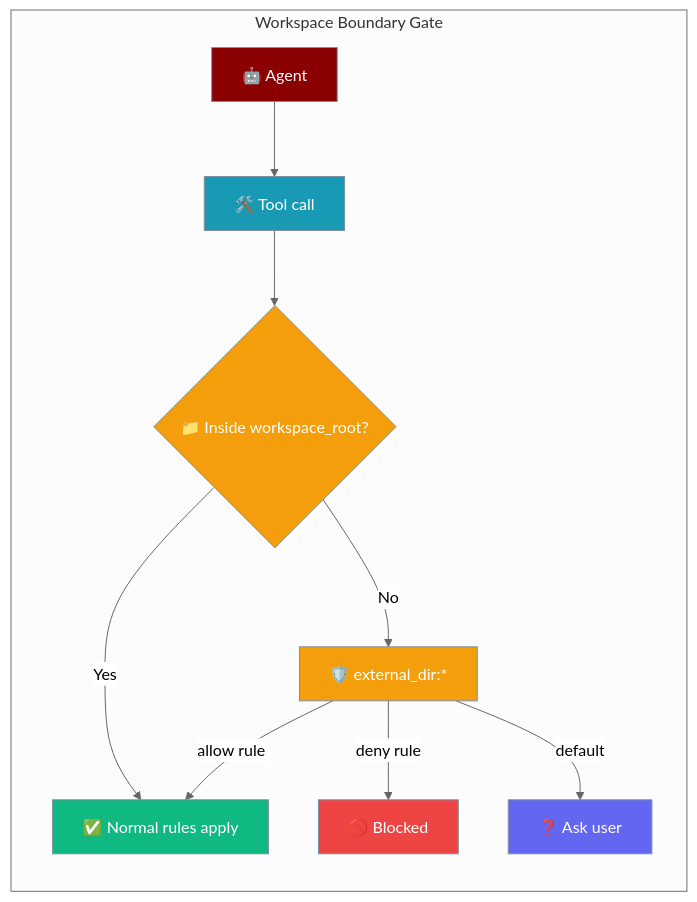
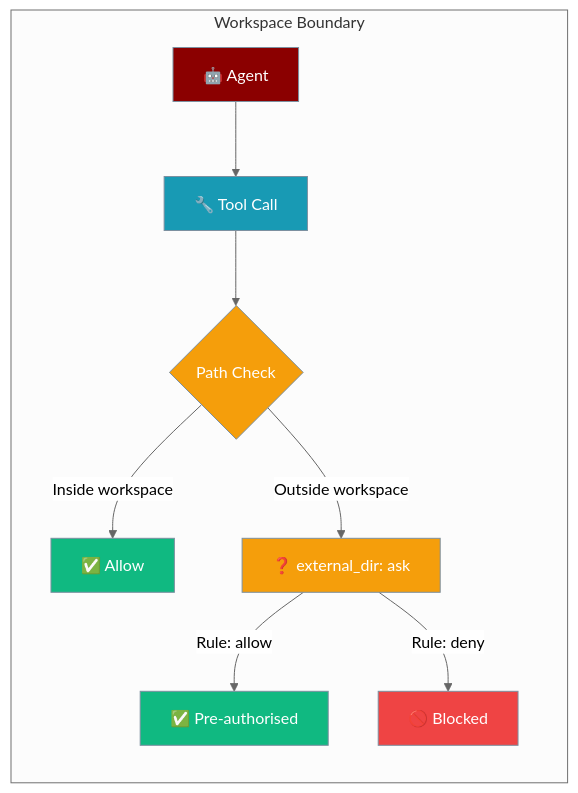
One commit to MervinPraison/PraisonAIDocs changed the first of 2 diagrams in docs/features/workspace-boundary.mdx. Above: the diagram before and after it, drawn with Mermaid (neutral theme). The commit also changed other lines of this file and 4 other files, not shown here.

First line of the commit message:
docs: workspace-boundary permission gate (external_dir, workspace_root) (fixes #1444)

````diff
--- a/docs/features/workspace-boundary.mdx
+++ b/docs/features/workspace-boundary.mdx
@@ -27,26 +14,24 @@
 ```mermaid
 graph LR
-    subgraph "Workspace Boundary Gate"
-        A[🤖 Agent] --> T[🛠️ Tool call]
-        T --> R{📁 Inside workspace_root?}
-        R -->|Yes| OK[✅ Normal rules apply]
-        R -->|No| EXT[🛡️ external_dir:*]
-        EXT -->|allow rule| OK
-        EXT -->|deny rule| NO[🚫 Blocked]
-        EXT -->|default| ASK[❓ Ask user]
+    subgraph "Workspace Boundary"
+        A[🤖 Agent] --> B[🔧 Tool Call]
+        B --> C{Path Check}
+        C -->|Inside workspace| D[✅ Allow]
+        C -->|Outside workspace| E[❓ external_dir: ask]
+        E -->|Rule: allow| F[✅ Pre-authorised]
+        E -->|Rule: deny| G[🚫 Blocked]
     end
 
     classDef agent fill:#8B0000,stroke:#7C90A0,color:#fff
     classDef tool fill:#189AB4,stroke:#7C90A0,color:#fff
-    classDef gate fill:#F59E0B,stroke:#7C90A0,color:#fff
-    classDef ok fill:#10B981,stroke:#7C90A0,color:#fff
-    classDef deny fill:#EF4444,stroke:#7C90A0,color:#fff
-    classDef config fill:#6366F1,stroke:#7C90A0,color:#fff
+    classDef check fill:#F59E0B,stroke:#7C90A0,color:#fff
+    classDef allow fill:#10B981,stroke:#7C90A0,color:#fff
+    classDef block fill:#EF4444,stroke:#7C90A0,color:#fff
 
     class A agent
-    class T tool
-    class R,EXT gate
-    class OK ok
-    class NO deny
-    class ASK config
+    class B tool
+    class C check
+    class D,F allow
+    class E check
+    class G block
 ```
````
